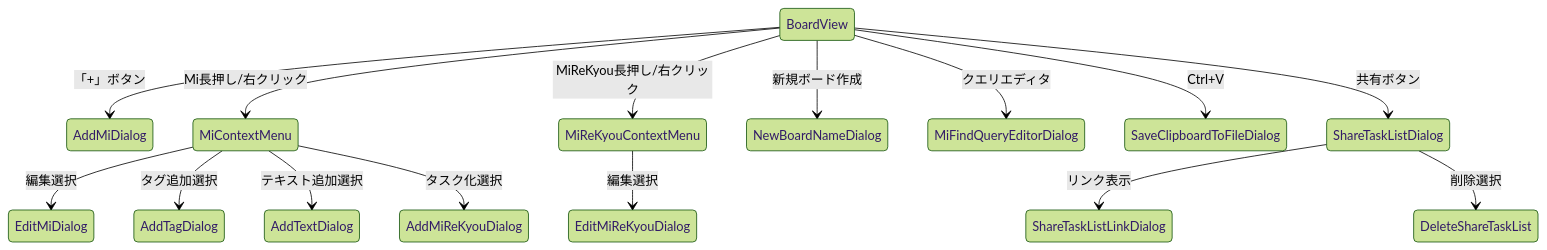
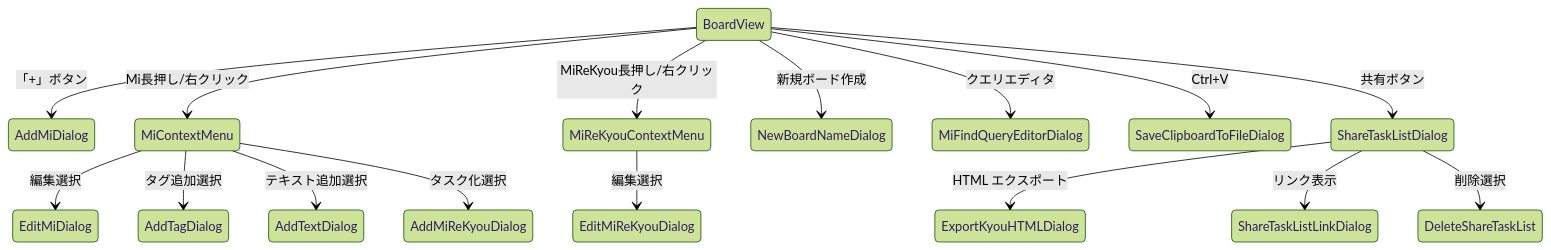
One commit to mt3hr/gkill changed the fourth of 7 diagrams in documents/reverse/screen-transition.md. Above: the diagram before and after it, drawn with Mermaid (forest theme). The commit also changed other lines of this file and 220 other files, not shown here.

````diff
--- a/documents/reverse/screen-transition.md
+++ b/documents/reverse/screen-transition.md
@@ -298,20 +298,21 @@
 ```mermaid
 stateDiagram-v2
     BoardView --> AddMiDialog: 「+」ボタン
     BoardView --> MiContextMenu: Mi長押し/右クリック
     BoardView --> MiReKyouContextMenu: MiReKyou長押し/右クリック
     BoardView --> NewBoardNameDialog: 新規ボード作成
     BoardView --> MiFindQueryEditorDialog: クエリエディタ
     BoardView --> SaveClipboardToFileDialog: Ctrl+V
 
     MiContextMenu --> EditMiDialog: 編集選択
     MiContextMenu --> AddTagDialog: タグ追加選択
     MiContextMenu --> AddTextDialog: テキスト追加選択
     MiContextMenu --> AddMiReKyouDialog: タスク化選択
 
     MiReKyouContextMenu --> EditMiReKyouDialog: 編集選択
 
     BoardView --> ShareTaskListDialog: 共有ボタン
+    ShareTaskListDialog --> ExportKyouHTMLDialog: HTML エクスポート
     ShareTaskListDialog --> ShareTaskListLinkDialog: リンク表示
     ShareTaskListDialog --> DeleteShareTaskList: 削除選択
 ```
````
